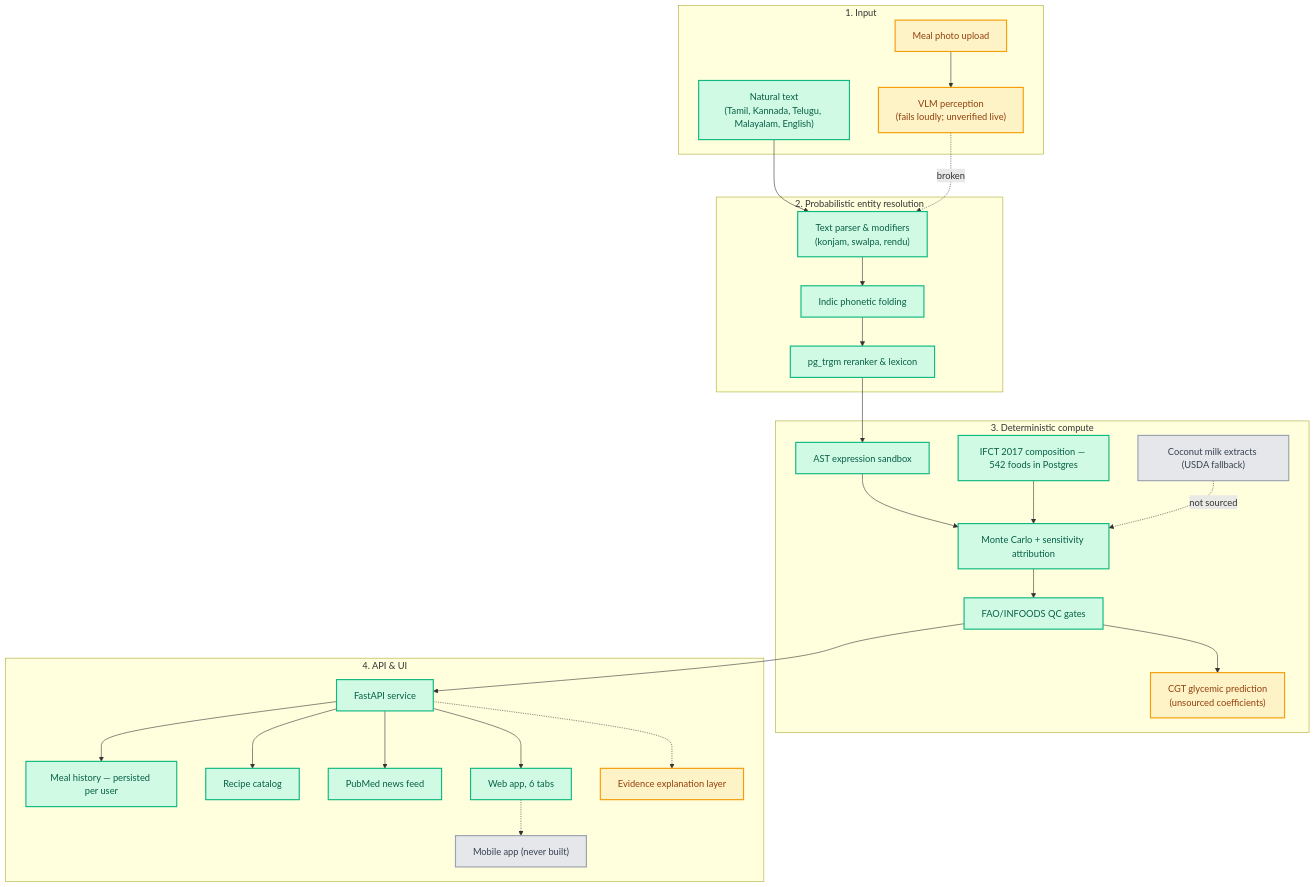
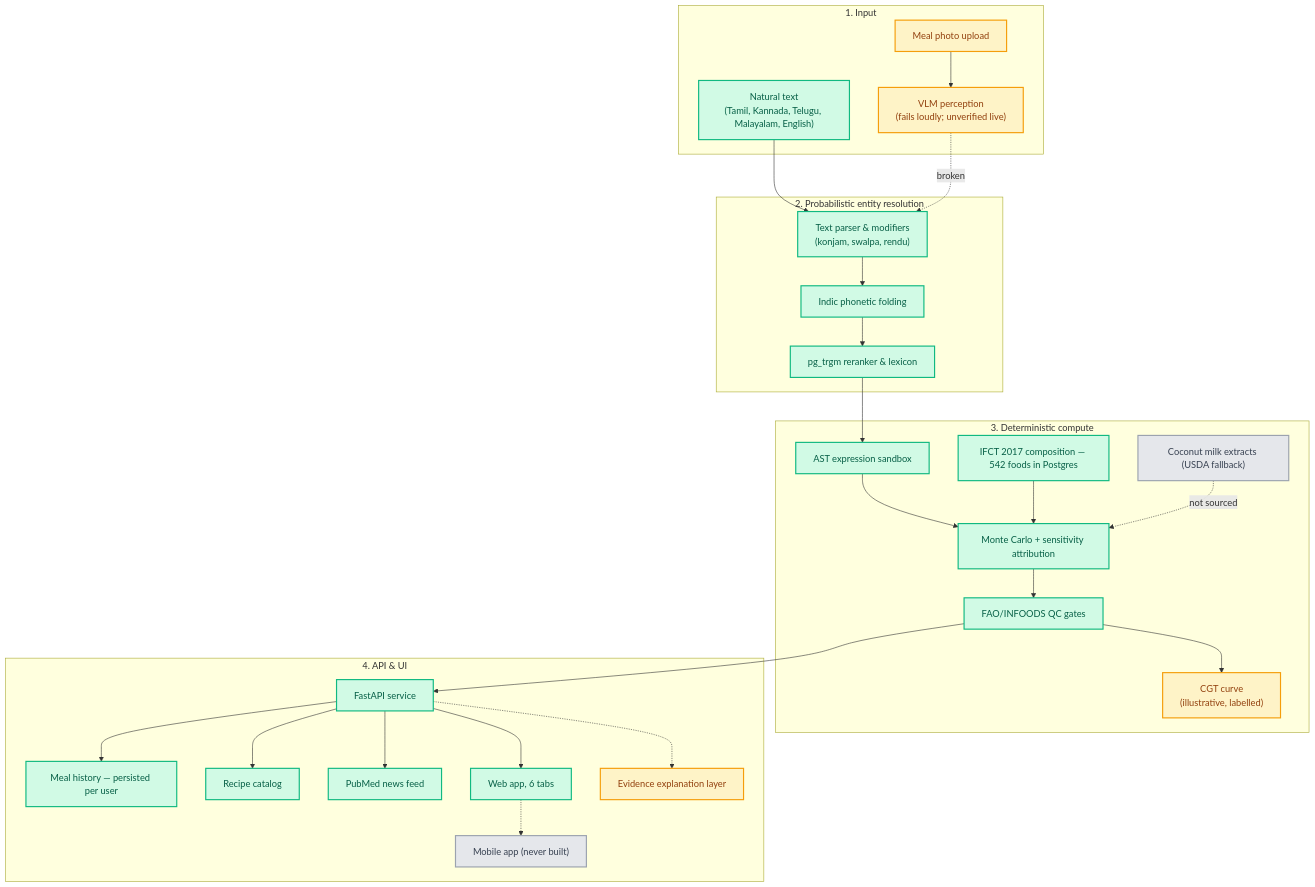
One commit to musicofthings/pathyam changed the diagram in README.md. Above: the diagram before and after it, drawn with Mermaid. The commit also changed other lines of this file and 6 other files, not shown here.

````diff
--- a/README.md
+++ b/README.md
@@ -77,50 +77,50 @@
 ```mermaid
 flowchart TD
     subgraph INPUT["1. Input"]
         A1["Natural text<br/>(Tamil, Kannada, Telugu, Malayalam, English)"]:::done
         A2["Meal photo upload"]:::partial
         A3["VLM perception<br/>(fails loudly; unverified live)"]:::partial
     end
 
     subgraph RESOLUTION["2. Probabilistic entity resolution"]
         B1["Text parser & modifiers<br/>(konjam, swalpa, rendu)"]:::done
         B2["Indic phonetic folding"]:::done
         B3["pg_trgm reranker & lexicon"]:::done
     end
 
     subgraph ENGINE["3. Deterministic compute"]
         C1["AST expression sandbox"]:::done
         C2["Monte Carlo + sensitivity attribution"]:::done
         C3["FAO/INFOODS QC gates"]:::done
         C4["IFCT 2017 composition — 542 foods in Postgres"]:::done
         C5["Coconut milk extracts (USDA fallback)"]:::pending
-        C6["CGT glycemic prediction<br/>(unsourced coefficients)"]:::partial
+        C6["CGT curve<br/>(illustrative, labelled)"]:::partial
     end
 
     subgraph API_UI["4. API & UI"]
         D1["FastAPI service"]:::done
         D2["Meal history — persisted per user"]:::done
         D3["Recipe catalog"]:::done
         D4["PubMed news feed"]:::done
         D5["Web app, 6 tabs"]:::done
         D6["Mobile app (never built)"]:::pending
         D7["Evidence explanation layer"]:::partial
     end
 
     A1 --> B1
     A2 --> A3
     A3 -.broken.-> B1
     B1 --> B2 --> B3 --> C1 --> C2 --> C3
     C4 --> C2
     C5 -.not sourced.-> C2
     C3 --> D1
     C3 --> C6
     D1 --> D2 & D3 & D4 & D5
     D5 -.-> D6
     D1 -.-> D7
 
     classDef done fill:#D1FAE5,stroke:#10B981,stroke-width:2px,color:#065F46;
     classDef partial fill:#FEF3C7,stroke:#F59E0B,stroke-width:2px,color:#92400E;
     classDef pending fill:#E5E7EB,stroke:#9CA3AF,stroke-width:2px,color:#374151;
     classDef broken fill:#FEE2E2,stroke:#EF4444,stroke-width:2px,color:#991B1B;
 ```
````
